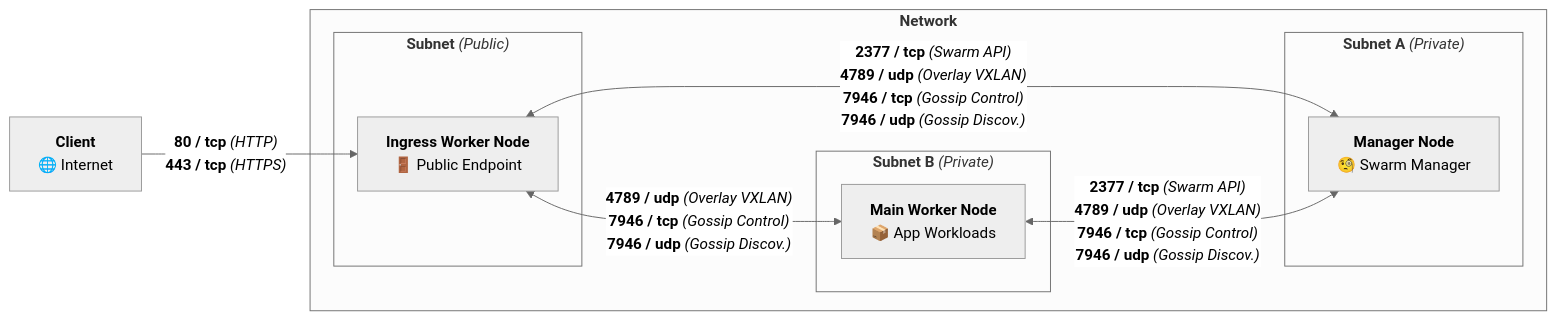
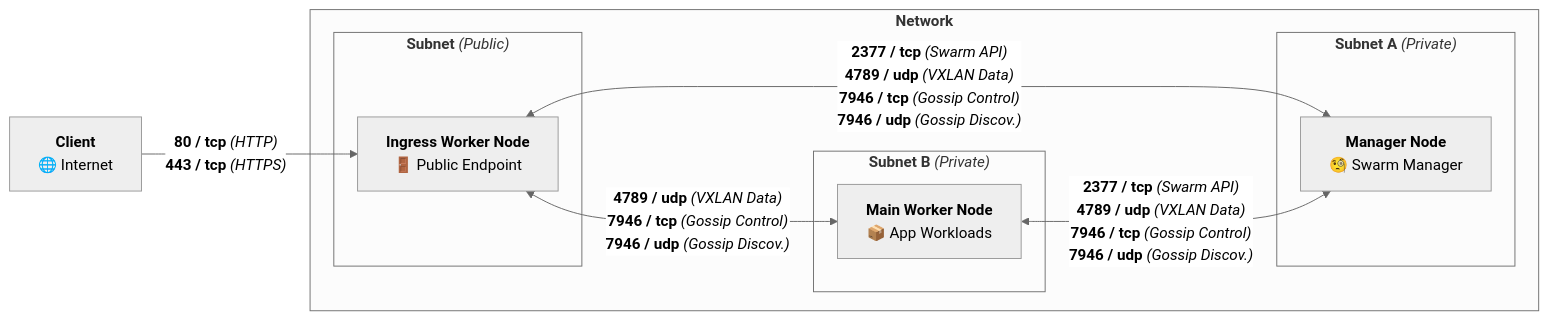
One commit to cloud-skeleton/prerequisites changed the diagram in README.md. Above: the diagram before and after it, drawn with Mermaid (neutral theme).

Commit message:
too long

````diff
--- a/README.md
+++ b/README.md
@@ -21,27 +21,27 @@
 ```mermaid
 graph LR
 
   external_client["<b>Client</b><br>🌐 Internet"]
 
   subgraph "<b>Network</b>"
     subgraph "<b>Subnet</b> <i>(Public)</i>"
       ingress["<b>Ingress Worker Node</b><br>🚪 Public Endpoint"]
     end
 
     subgraph "<b>Subnet A</b> <i>(Private)</i>"
       manager["<b>Manager Node</b><br>🧐 Swarm Manager"]
     end
 
     subgraph "<b>Subnet B</b> <i>(Private)</i>"
       worker["<b>Main Worker Node</b><br>📦 App Workloads"]
     end
   end
 
   external_client -->|"<b>80 / tcp</b> <i>(HTTP)</i><br><b>443 / tcp</b> <i>(HTTPS)</i>"| ingress
 
-  ingress <-->|"<b>4789 / udp</b> <i>(Overlay VXLAN)</i><br><b>7946 / tcp</b> <i>(Gossip Control)</i><br><b>7946 / udp</b> <i>(Gossip Discov.)</i>"| worker
+  ingress <-->|"<b>4789 / udp</b> <i>(VXLAN Data)</i><br><b>7946 / tcp</b> <i>(Gossip Control)</i><br><b>7946 / udp</b> <i>(Gossip Discov.)</i>"| worker
 
-  ingress <-->|"<b>2377 / tcp</b> <i>(Swarm API)</i><br><b>4789 / udp</b> <i>(Overlay VXLAN)</i><br><b>7946 / tcp</b> <i>(Gossip Control)</i><br><b>7946 / udp</b> <i>(Gossip Discov.)</i>"| manager
+  ingress <-->|"<b>2377 / tcp</b> <i>(Swarm API)</i><br><b>4789 / udp</b> <i>(VXLAN Data)</i><br><b>7946 / tcp</b> <i>(Gossip Control)</i><br><b>7946 / udp</b> <i>(Gossip Discov.)</i>"| manager
 
-  worker <-->|"<b>2377 / tcp</b> <i>(Swarm API)</i><br><b>4789 / udp</b> <i>(Overlay VXLAN)</i><br><b>7946 / tcp</b> <i>(Gossip Control)</i><br><b>7946 / udp</b> <i>(Gossip Discov.)</i>"| manager
+  worker <-->|"<b>2377 / tcp</b> <i>(Swarm API)</i><br><b>4789 / udp</b> <i>(VXLAN Data)</i><br><b>7946 / tcp</b> <i>(Gossip Control)</i><br><b>7946 / udp</b> <i>(Gossip Discov.)</i>"| manager
 ```
````
